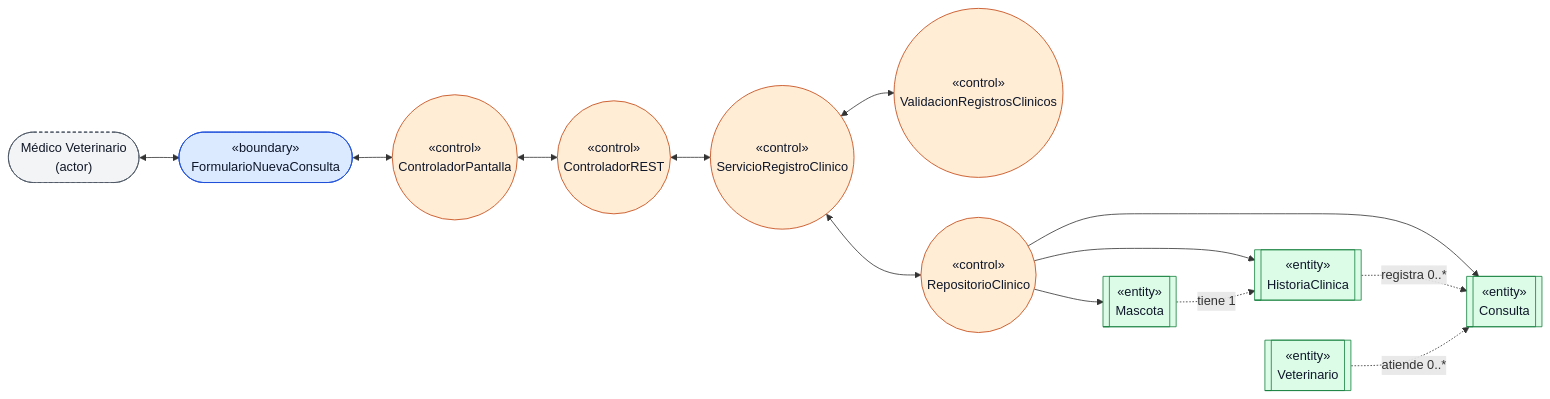
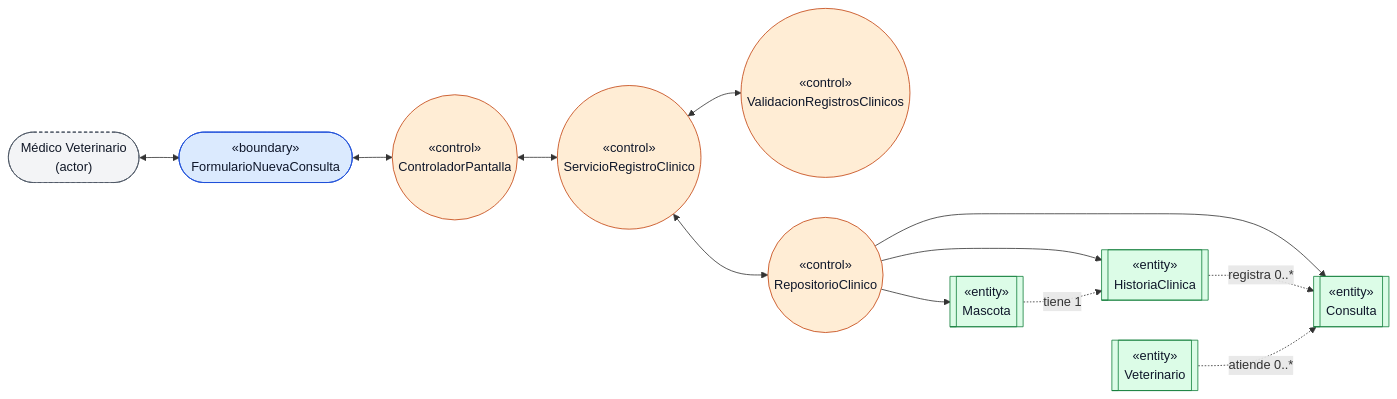
The first of 5 diagrams in docs/design/diseno-detallado.md (DinoMondino/sistema-gestion-veterinaria-2026), drawn with Mermaid before and after one commit. The commit also changed other lines of this file, not shown here.

Commit message:
doc(diseno-detallado): corrección REST

````diff
--- a/docs/design/diseno-detallado.md
+++ b/docs/design/diseno-detallado.md
@@ -114,40 +114,38 @@
 ```mermaid
 flowchart LR
     vet(["Médico Veterinario<br/>(actor)"])
 
     ui(["«boundary»<br/>FormularioNuevaConsulta"])
 
     cp(("«control»<br/>ControladorPantalla"))
-    rest(("«control»<br/>ControladorREST"))
     srv(("«control»<br/>ServicioRegistroClinico"))
     val(("«control»<br/>ValidacionRegistrosClinicos"))
     repo(("«control»<br/>RepositorioClinico"))
 
     mascota[["«entity»<br/>Mascota"]]
     historia[["«entity»<br/>HistoriaClinica"]]
     consulta[["«entity»<br/>Consulta"]]
     veterinario[["«entity»<br/>Veterinario"]]
 
     vet <--> ui
     ui <--> cp
-    cp <--> rest
-    rest <--> srv
+    cp <--> srv
     srv <--> val
     srv <--> repo
     repo --> mascota
     repo --> historia
     repo --> consulta
 
     mascota -.->|"tiene 1"| historia
     historia -.->|"registra 0..*"| consulta
     veterinario -.->|"atiende 0..*"| consulta
 
     classDef actor fill:#f3f4f6,stroke:#4b5563,stroke-dasharray:4 3,color:#111827
     classDef boundary fill:#dbeafe,stroke:#1d4ed8,color:#0f172a
     classDef control fill:#ffedd5,stroke:#c2410c,color:#0f172a
     classDef entity fill:#dcfce7,stroke:#15803d,color:#0f172a
     class vet actor
     class ui boundary
     class cp,rest,srv,val,repo control
     class mascota,historia,consulta,veterinario entity
 ```
````
